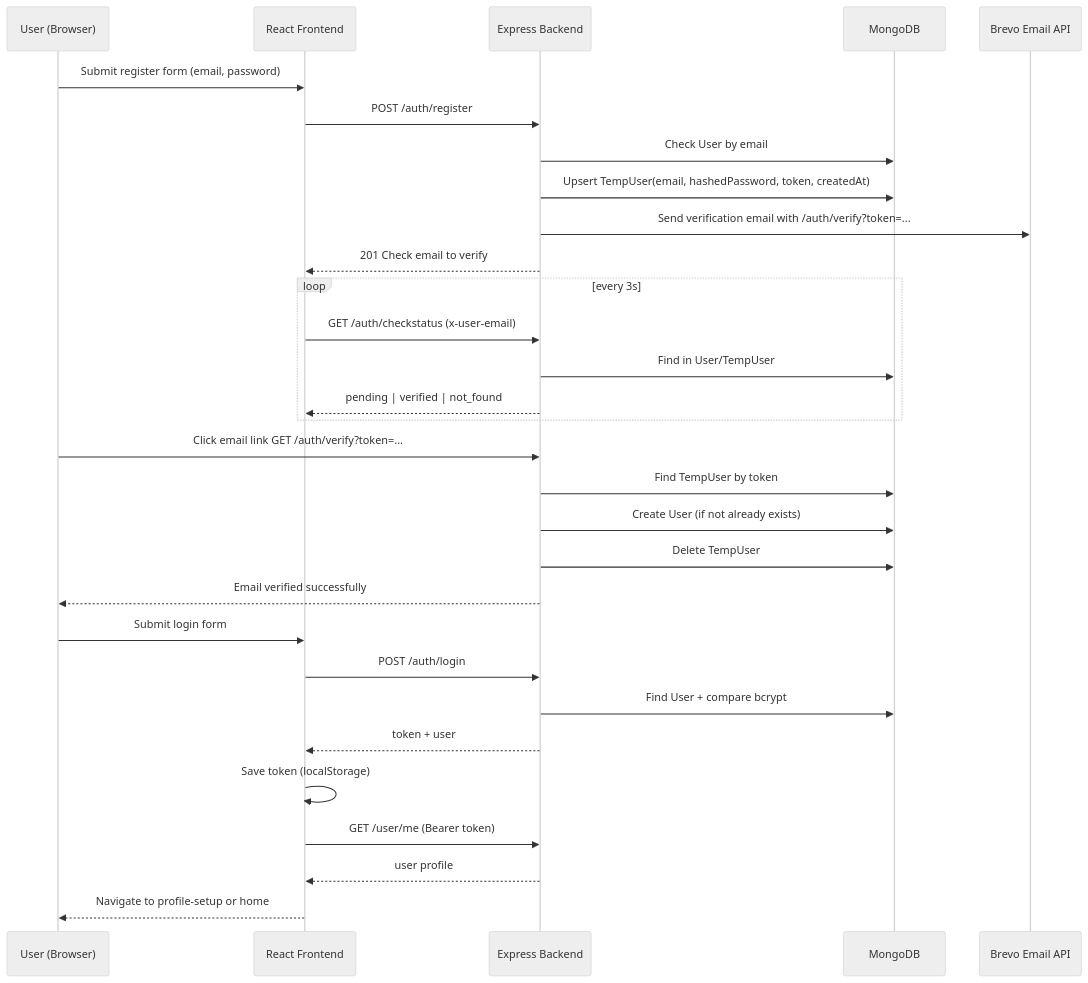
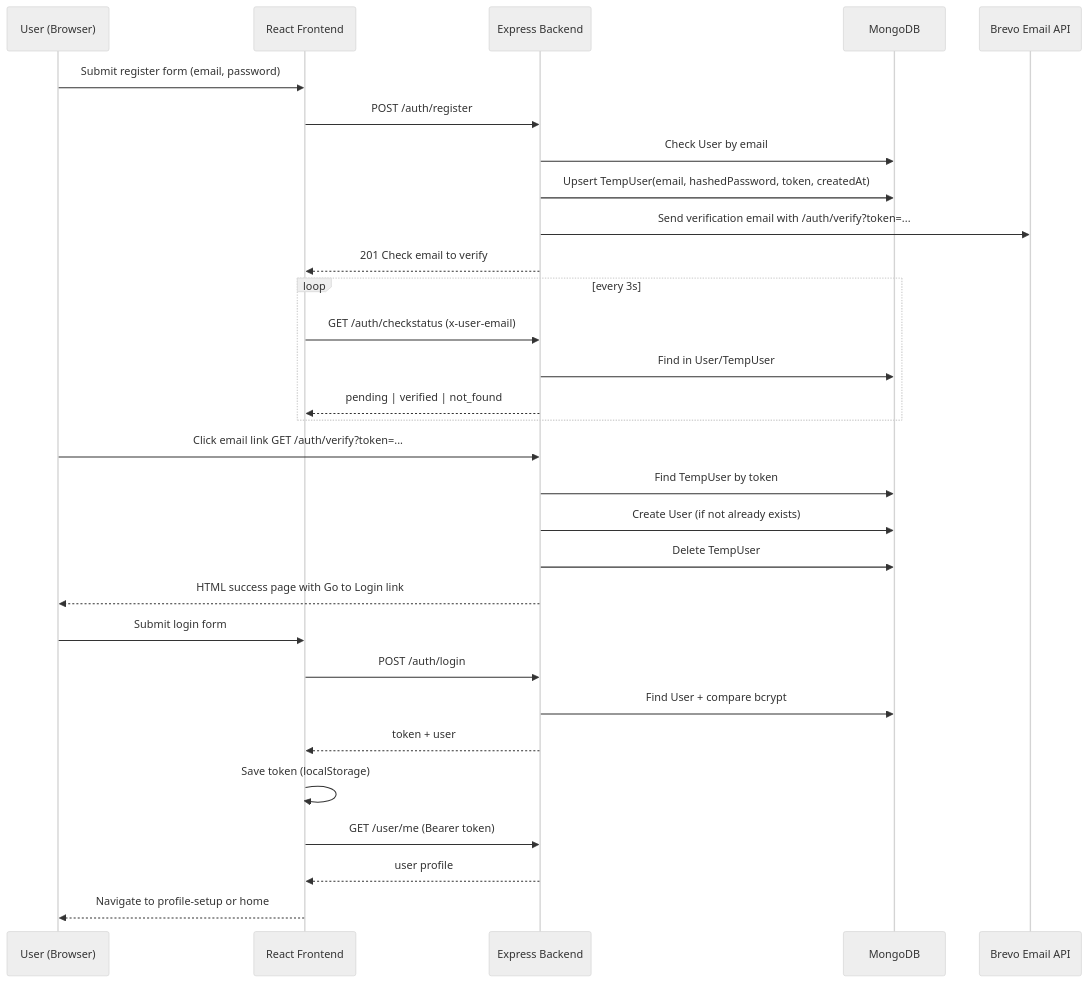
The first of 3 diagrams in AUTH_EMAIL_VERIFICATION_MASTER_GUIDE.md (abishekkrishnamoorthy/AI_LEARNING_APP), drawn with Mermaid (neutral theme) before and after one commit. The commit also changed other lines of this file and 3 other files, not shown here.

````diff
--- a/AUTH_EMAIL_VERIFICATION_MASTER_GUIDE.md
+++ b/AUTH_EMAIL_VERIFICATION_MASTER_GUIDE.md
@@ -280,36 +284,36 @@
 ```mermaid
 sequenceDiagram
   participant U as User (Browser)
   participant FE as React Frontend
   participant BE as Express Backend
   participant DB as MongoDB
   participant EM as Brevo Email API
 
   U->>FE: Submit register form (email, password)
   FE->>BE: POST /auth/register
   BE->>DB: Check User by email
   BE->>DB: Upsert TempUser(email, hashedPassword, token, createdAt)
   BE->>EM: Send verification email with /auth/verify?token=...
   BE-->>FE: 201 Check email to verify
 
   loop every 3s
     FE->>BE: GET /auth/checkstatus (x-user-email)
     BE->>DB: Find in User/TempUser
     BE-->>FE: pending | verified | not_found
   end
 
   U->>BE: Click email link GET /auth/verify?token=...
   BE->>DB: Find TempUser by token
   BE->>DB: Create User (if not already exists)
   BE->>DB: Delete TempUser
-  BE-->>U: Email verified successfully
+  BE-->>U: HTML success page with Go to Login link
 
   U->>FE: Submit login form
   FE->>BE: POST /auth/login
   BE->>DB: Find User + compare bcrypt
   BE-->>FE: token + user
   FE->>FE: Save token (localStorage)
   FE->>BE: GET /user/me (Bearer token)
   BE-->>FE: user profile
   FE-->>U: Navigate to profile-setup or home
 ```
````
